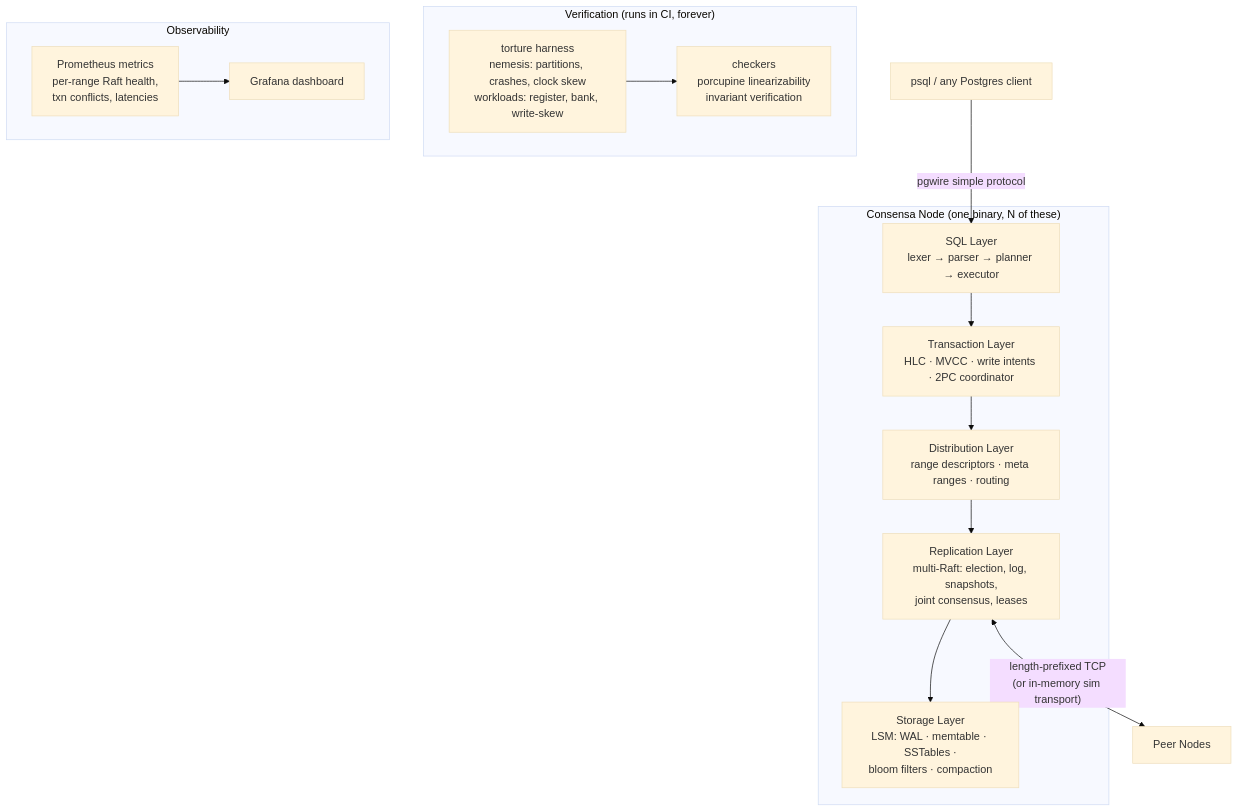
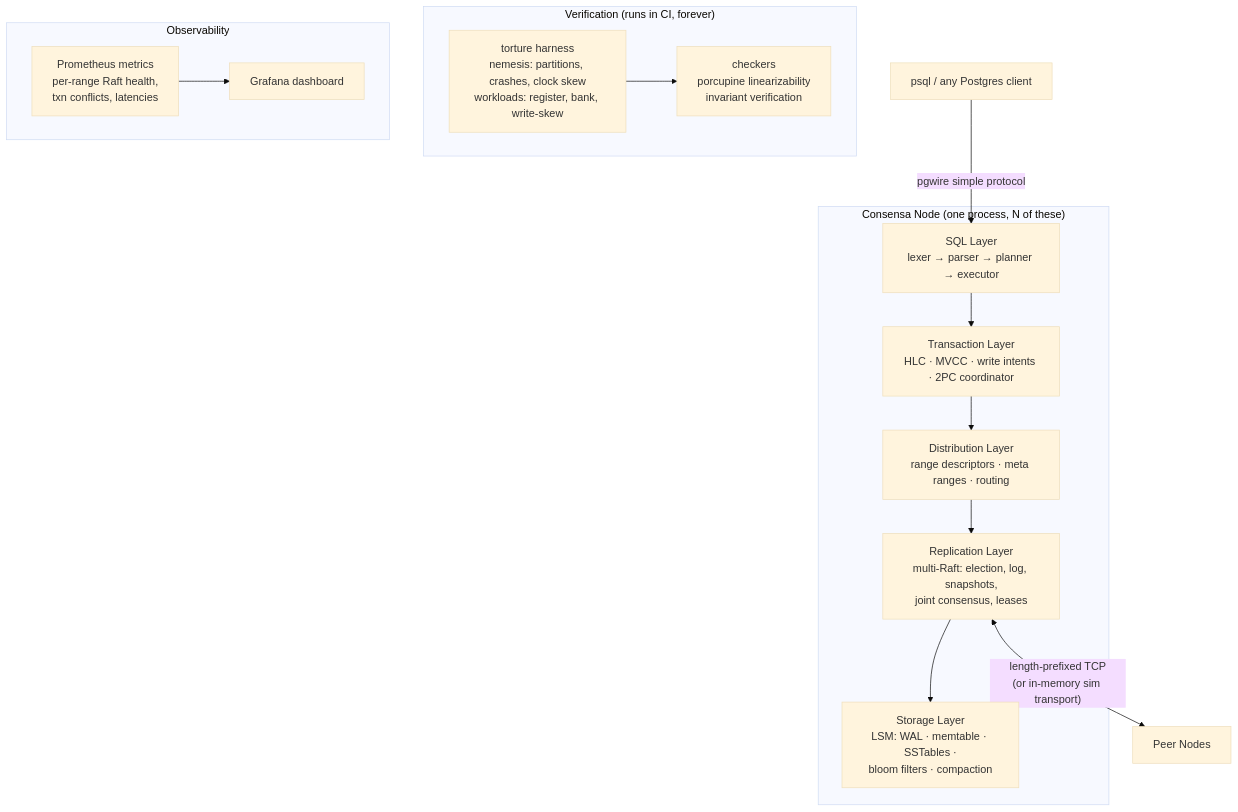
The diagram in PLAN.md (AshrafAhmed9/Consensa-), drawn with Mermaid (base theme) before and after one commit. The commit also changed other lines of this file, not shown here.

````diff
--- a/PLAN.md
+++ b/PLAN.md
@@ -66,26 +66,26 @@
 ```mermaid
 flowchart TD
     psql["psql / any Postgres client"] -->|pgwire simple protocol| SQL
 
-    subgraph node ["Consensa Node (one binary, N of these)"]
+    subgraph node ["Consensa Node (one process, N of these)"]
         SQL["SQL Layer<br/>lexer → parser → planner → executor"]
         TXN["Transaction Layer<br/>HLC · MVCC · write intents · 2PC coordinator"]
         DIST["Distribution Layer<br/>range descriptors · meta ranges · routing"]
         REPL["Replication Layer<br/>multi-Raft: election, log, snapshots,<br/>joint consensus, leases"]
         STORE["Storage Layer<br/>LSM: WAL · memtable · SSTables ·<br/>bloom filters · compaction"]
 
         SQL --> TXN --> DIST --> REPL --> STORE
     end
 
     REPL <-->|"length-prefixed TCP<br/>(or in-memory sim transport)"| peers["Peer Nodes"]
 
     subgraph verify ["Verification (runs in CI, forever)"]
         TORTURE["torture harness<br/>nemesis: partitions, crashes, clock skew<br/>workloads: register, bank, write-skew"]
         CHECK["checkers<br/>porcupine linearizability<br/>invariant verification"]
         TORTURE --> CHECK
     end
 
     subgraph obs ["Observability"]
         PROM["Prometheus metrics<br/>per-range Raft health,<br/>txn conflicts, latencies"] --> GRAF["Grafana dashboard"]
     end
 ```
````
